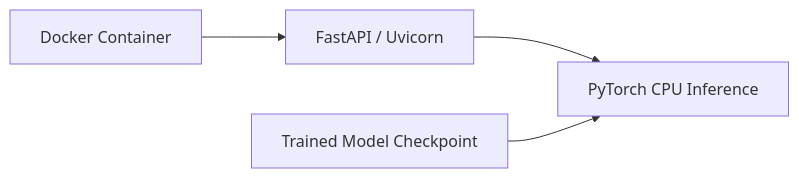
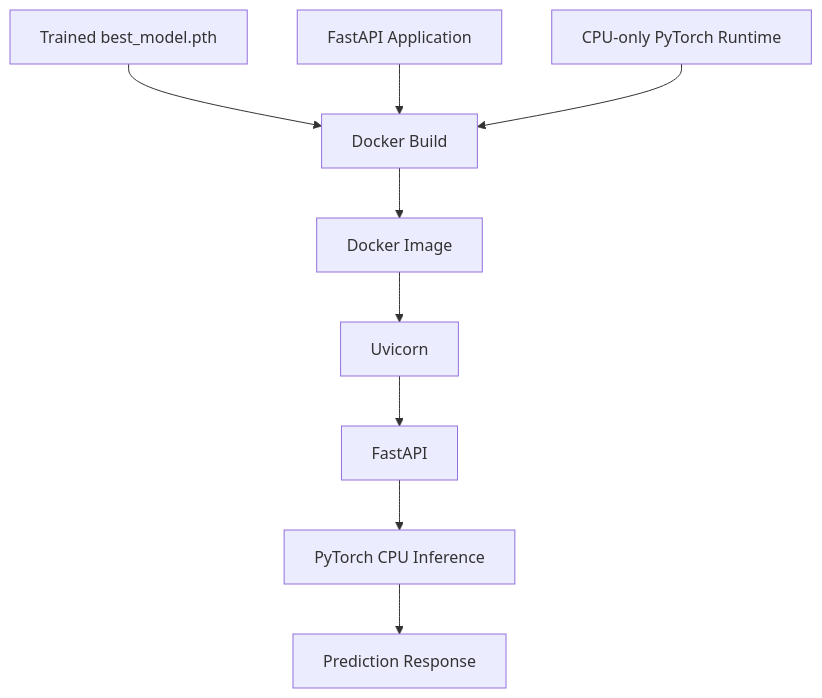
Before and after one commit to abdullah763/spark-ai-visual-defect-detection: the fourth of 6 diagrams in docs/architecture.md, drawn with Mermaid. The commit also changed other lines of this file and 1 other file, not shown here.

Commit message:
Finalize dataset and architecture documentation

````diff
--- a/docs/architecture.md
+++ b/docs/architecture.md
@@ -49,6 +195,12 @@
 ```mermaid
-flowchart LR
-    A[Docker Container] --> B[FastAPI / Uvicorn]
-    B --> C[PyTorch CPU Inference]
-    D[Trained Model Checkpoint] --> C
+flowchart TD
+    A[Trained best_model.pth] --> B[Docker Build]
+    C[FastAPI Application] --> B
+    D[CPU-only PyTorch Runtime] --> B
+
+    B --> E[Docker Image]
+    E --> F[Uvicorn]
+    F --> G[FastAPI]
+    G --> H[PyTorch CPU Inference]
+    H --> I[Prediction Response]
 ```
````
